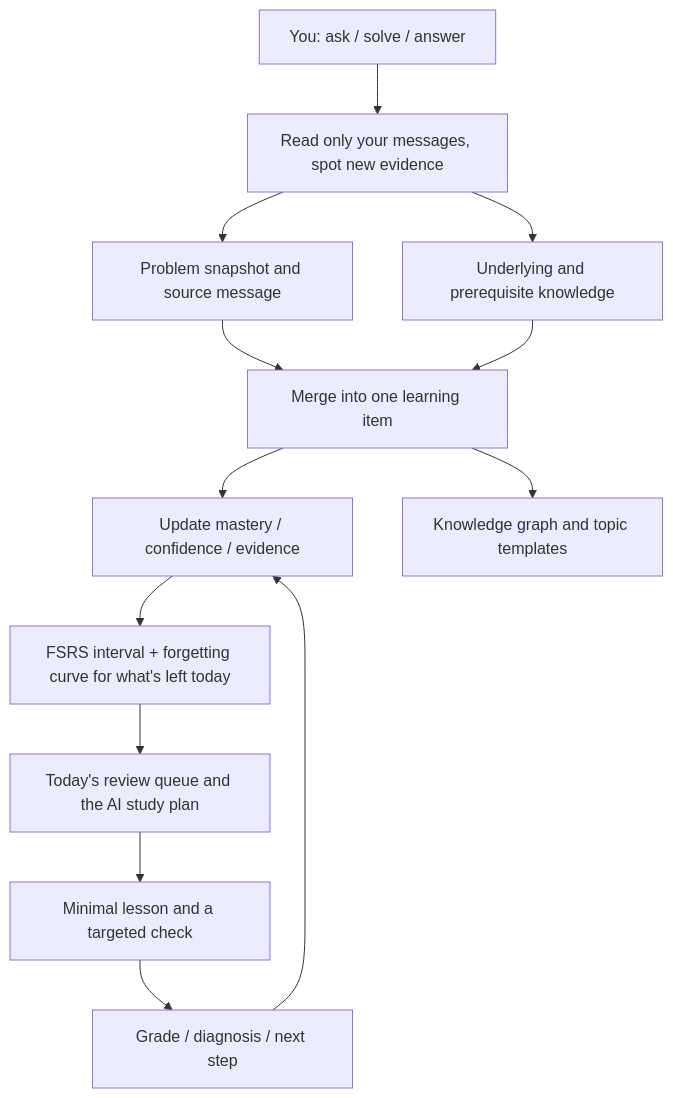
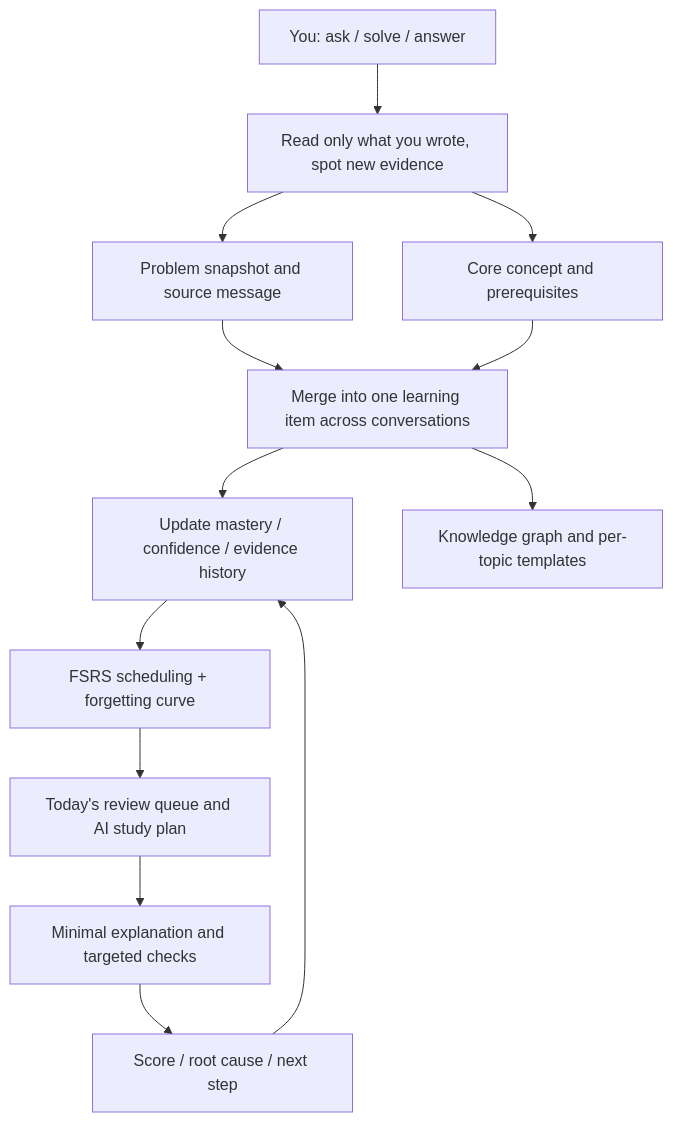
Before and after one commit to huaxx-lab/LeetLens: the diagram in README.en.md, drawn with Mermaid. The commit also changed other lines of this file and 34 other files, not shown here.

````diff
--- a/README.en.md
+++ b/README.en.md
@@ -251,15 +32,15 @@
 ```mermaid
 flowchart TD
-  A[You: ask / solve / answer] --> B[Read only your messages, spot new evidence]
+  A[You: ask / solve / answer] --> B[Read only what you wrote, spot new evidence]
   B --> C[Problem snapshot and source message]
-  B --> D[Underlying and prerequisite knowledge]
-  C --> E[Merge into one learning item]
+  B --> D[Core concept and prerequisites]
+  C --> E[Merge into one learning item across conversations]
   D --> E
-  E --> F[Update mastery / confidence / evidence]
-  F --> G[FSRS interval + forgetting curve for what's left today]
-  G --> H[Today's review queue and the AI study plan]
-  H --> I[Minimal lesson and a targeted check]
-  I --> J[Grade / diagnosis / next step]
+  E --> F[Update mastery / confidence / evidence history]
+  F --> G[FSRS scheduling + forgetting curve]
+  G --> H[Today's review queue and AI study plan]
+  H --> I[Minimal explanation and targeted checks]
+  I --> J[Score / root cause / next step]
   J --> F
-  E --> K[Knowledge graph and topic templates]
+  E --> K[Knowledge graph and per-topic templates]
 ```
````
